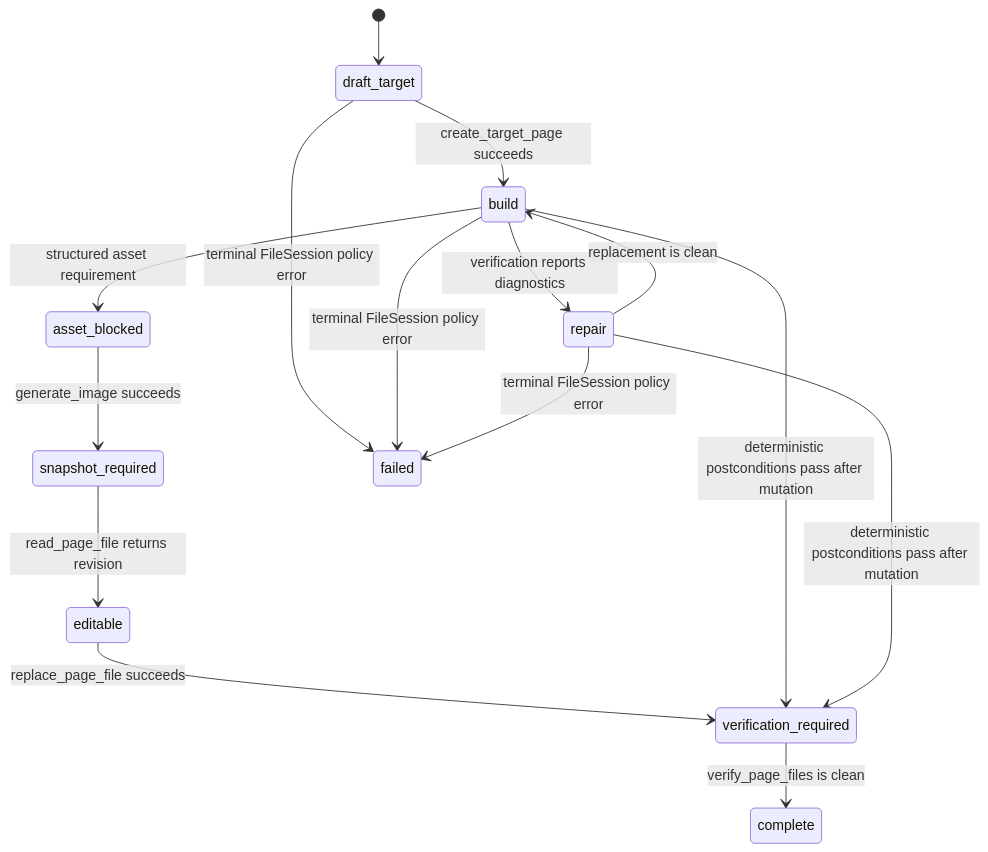
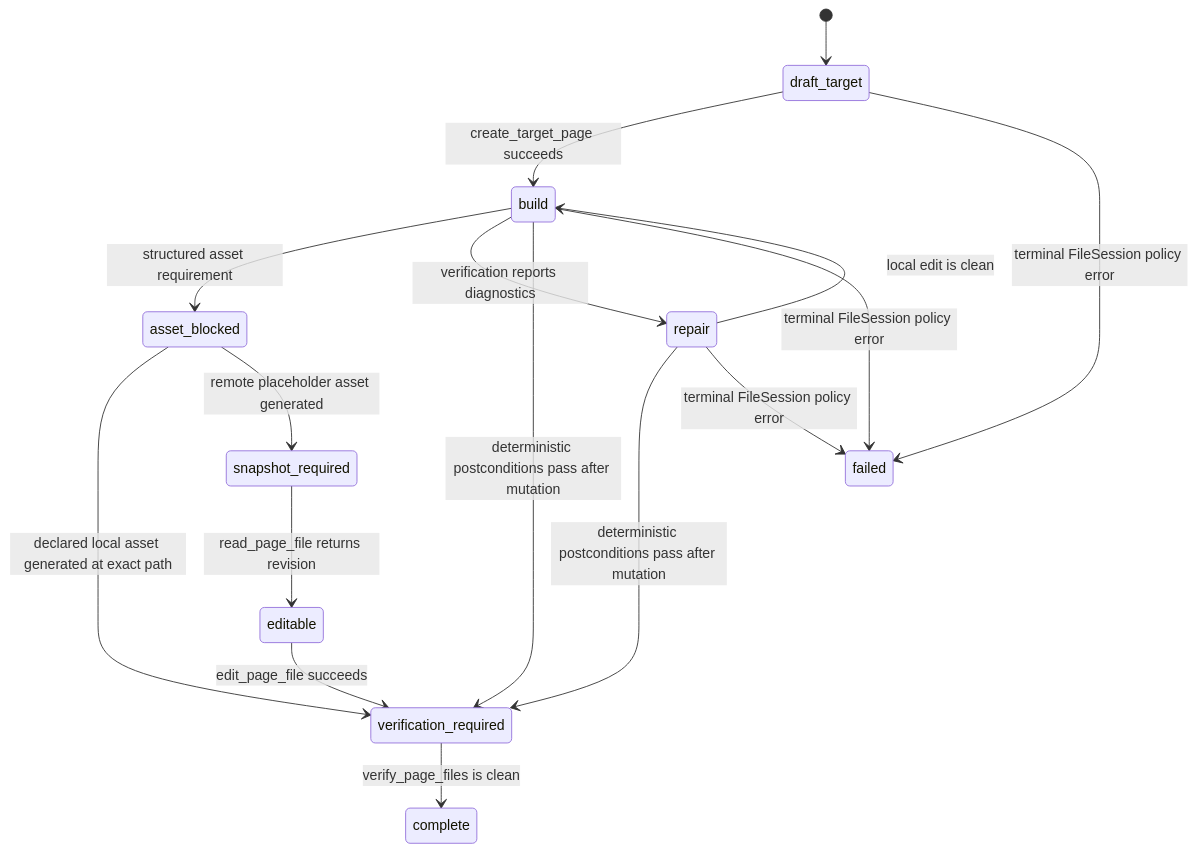
One commit to wayne-kk/open-ox changed the third of 3 diagrams in docs/product/page-build-session-v2-architecture.md. Above: the diagram before and after it, drawn with Mermaid. The commit also changed other lines of this file and 13 other files, not shown here.

Commit message:
fix page image and edit lifecycle

````diff
--- a/docs/product/page-build-session-v2-architecture.md
+++ b/docs/product/page-build-session-v2-architecture.md
@@ -81,17 +81,18 @@
 ```mermaid
 stateDiagram-v2
   [*] --> draft_target
   draft_target --> build: create_target_page succeeds
   build --> asset_blocked: structured asset requirement
-  asset_blocked --> snapshot_required: generate_image succeeds
+  asset_blocked --> verification_required: declared local asset generated at exact path
+  asset_blocked --> snapshot_required: remote placeholder asset generated
   snapshot_required --> editable: read_page_file returns revision
-  editable --> verification_required: replace_page_file succeeds
+  editable --> verification_required: edit_page_file succeeds
   verification_required --> complete: verify_page_files is clean
   build --> repair: verification reports diagnostics
-  repair --> build: replacement is clean
+  repair --> build: local edit is clean
   build --> verification_required: deterministic postconditions pass after mutation
   repair --> verification_required: deterministic postconditions pass after mutation
   draft_target --> failed: terminal FileSession policy error
   build --> failed: terminal FileSession policy error
   repair --> failed: terminal FileSession policy error
 ```
````
